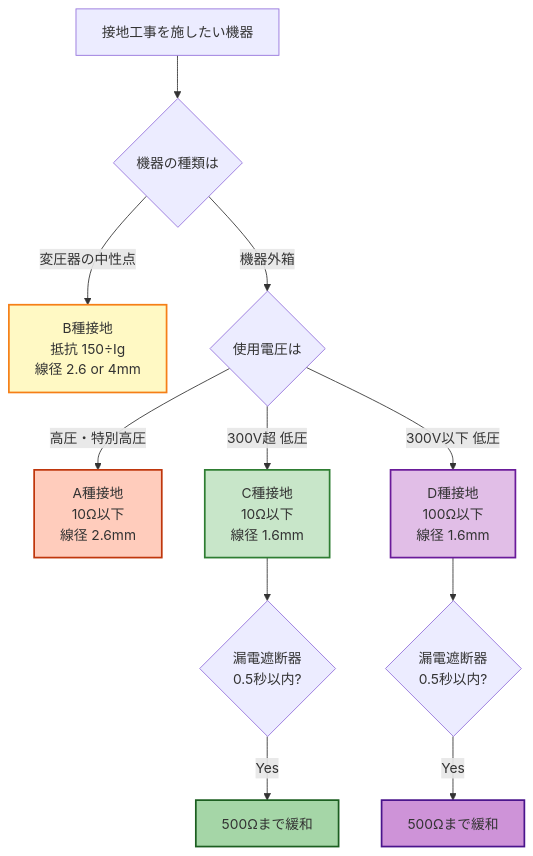
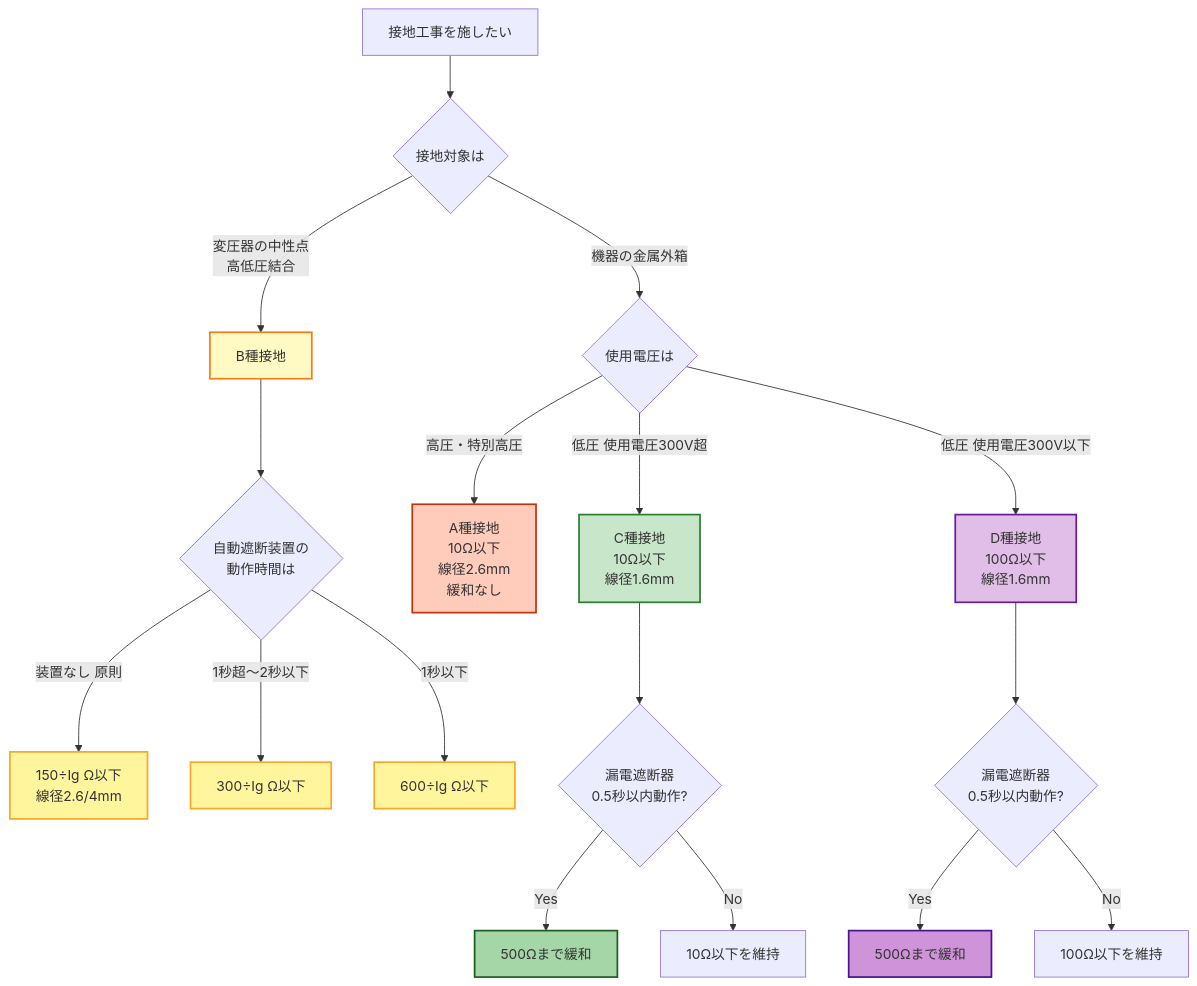
The first of 2 diagrams in docs/articles/kaishaku/17.md (kfurufuru/denken-wiki), drawn with Mermaid before and after one commit. The commit also changed other lines of this file, not shown here.

First line of the commit message:
feat(kaishaku/17): A種10Ω「効く理由」の図解強化＋B種SVG拡張＋B種線太さ3区分整合

````diff
--- a/docs/articles/kaishaku/17.md
+++ b/docs/articles/kaishaku/17.md
@@ -302,20 +383,29 @@
 ```mermaid
 flowchart TD
-    Start[接地工事を施したい機器] --> Q1{機器の種類は}
-    Q1 -->|変圧器の中性点| B[B種接地<br/>抵抗 150÷Ig<br/>線径 2.6 or 4mm]
-    Q1 -->|機器外箱| Q2{使用電圧は}
-    Q2 -->|高圧・特別高圧| A[A種接地<br/>10Ω以下<br/>線径 2.6mm]
-    Q2 -->|300V超 低圧| C[C種接地<br/>10Ω以下<br/>線径 1.6mm]
-    Q2 -->|300V以下 低圧| D[D種接地<br/>100Ω以下<br/>線径 1.6mm]
-    C --> ELB1{漏電遮断器<br/>0.5秒以内?}
-    D --> ELB2{漏電遮断器<br/>0.5秒以内?}
+    Start[接地工事を施したい] --> Q1{接地対象は}
+    Q1 -->|変圧器の中性点<br/>高低圧結合| B[B種接地]
+    Q1 -->|機器の金属外箱| Q2{使用電圧は}
+    Q2 -->|高圧・特別高圧| A[A種接地<br/>10Ω以下<br/>線径2.6mm<br/>緩和なし]
+    Q2 -->|低圧 使用電圧300V超| C[C種接地<br/>10Ω以下<br/>線径1.6mm]
+    Q2 -->|低圧 使用電圧300V以下| D[D種接地<br/>100Ω以下<br/>線径1.6mm]
+    B --> BCalc{自動遮断装置の<br/>動作時間は}
+    BCalc -->|装置なし 原則| B0[150÷Ig Ω以下<br/>線径2.6/4mm]
+    BCalc -->|1秒超〜2秒以下| B1[300÷Ig Ω以下]
+    BCalc -->|1秒以下| B2[600÷Ig Ω以下]
+    C --> ELB1{漏電遮断器<br/>0.5秒以内動作?}
+    D --> ELB2{漏電遮断器<br/>0.5秒以内動作?}
     ELB1 -->|Yes| C500[500Ωまで緩和]
+    ELB1 -->|No| Cstrict[10Ω以下を維持]
     ELB2 -->|Yes| D500[500Ωまで緩和]
+    ELB2 -->|No| Dstrict[100Ω以下を維持]
 
     style A fill:#ffccbc,stroke:#bf360c,stroke-width:2px
     style B fill:#fff9c4,stroke:#f57f17,stroke-width:2px
     style C fill:#c8e6c9,stroke:#2e7d32,stroke-width:2px
     style D fill:#e1bee7,stroke:#6a1b9a,stroke-width:2px
+    style B0 fill:#fff59d,stroke:#f9a825,stroke-width:2px
+    style B1 fill:#fff59d,stroke:#f9a825,stroke-width:2px
+    style B2 fill:#fff59d,stroke:#f9a825,stroke-width:2px
     style C500 fill:#a5d6a7,stroke:#1b5e20,stroke-width:2px
     style D500 fill:#ce93d8,stroke:#4a148c,stroke-width:2px
 ```
````
